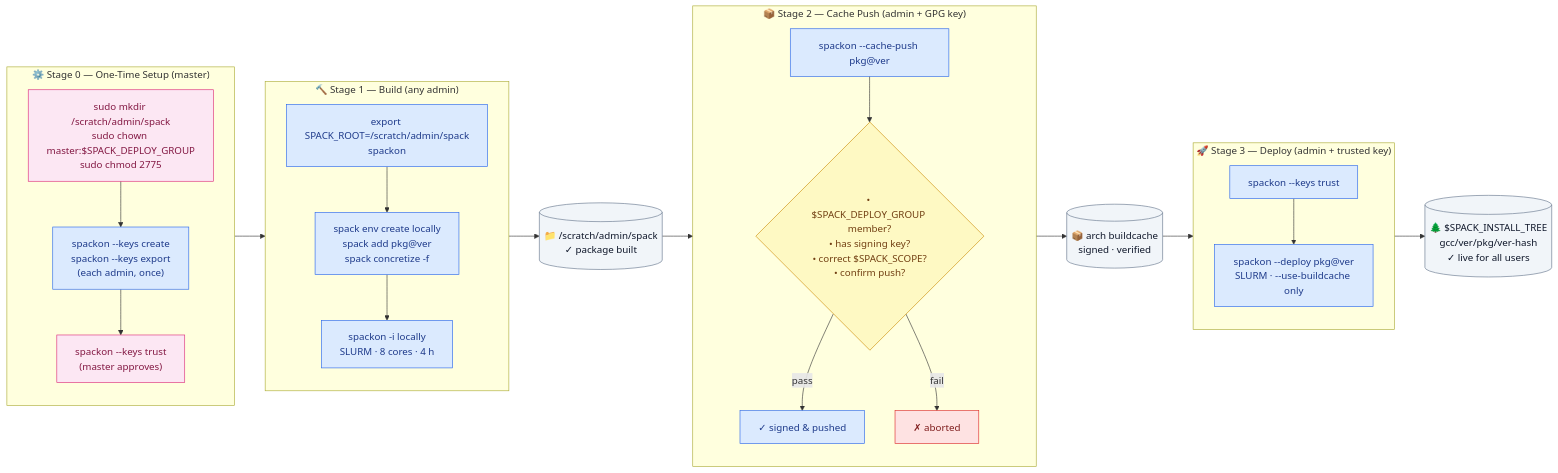
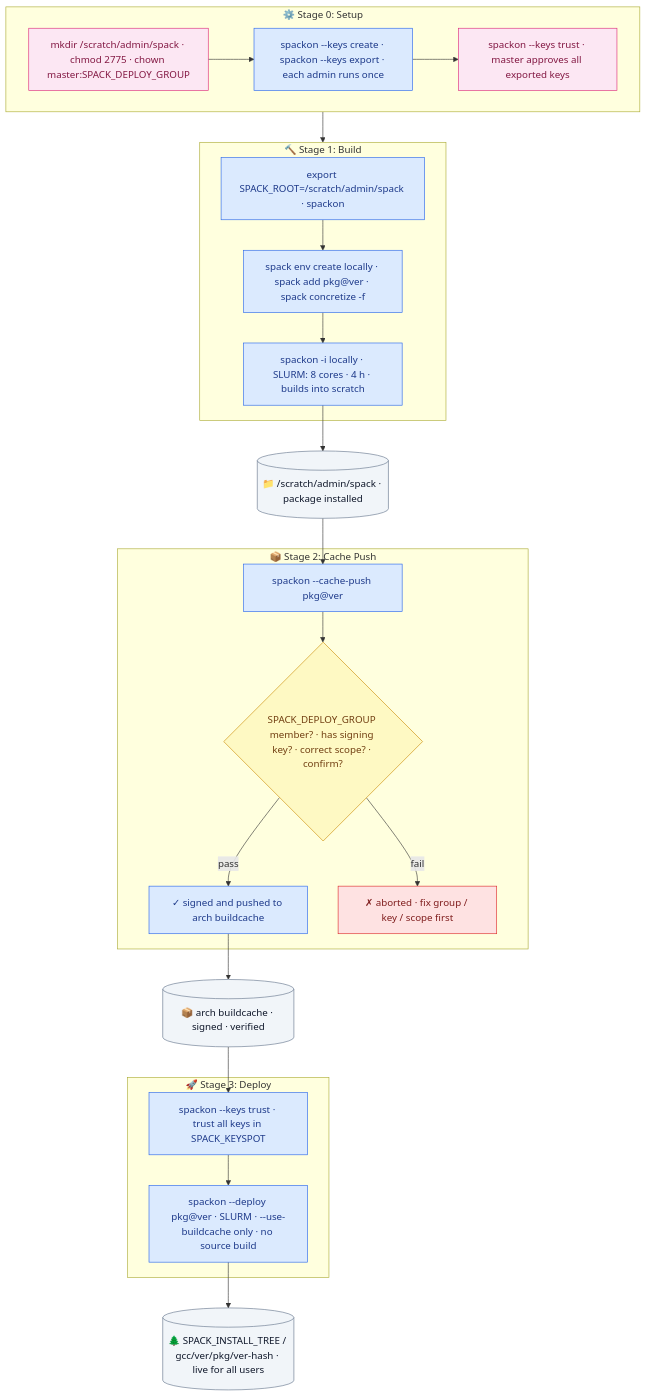
One commit to ricardojacomini/spackon changed the diagram in README.md. Above: the diagram before and after it, drawn with Mermaid.

Commit message:
modified:   README.md

````diff
--- a/README.md
+++ b/README.md
@@ -148,56 +148,59 @@
 ```mermaid
-flowchart LR
-    classDef anyNode   fill:#dcfce7,stroke:#16a34a,color:#14532d
-    classDef adminNode fill:#dbeafe,stroke:#2563eb,color:#1e3a8a
+flowchart TD
+    classDef adminNode  fill:#dbeafe,stroke:#2563eb,color:#1e3a8a
     classDef masterNode fill:#fce7f3,stroke:#db2777,color:#831843
-    classDef storeNode fill:#f1f5f9,stroke:#64748b,color:#0f172a
-    classDef checkNode fill:#fef9c3,stroke:#ca8a04,color:#713f12
-    classDef failNode  fill:#fee2e2,stroke:#dc2626,color:#7f1d1d
+    classDef storeNode  fill:#f1f5f9,stroke:#64748b,color:#0f172a
+    classDef checkNode  fill:#fef9c3,stroke:#ca8a04,color:#713f12
+    classDef failNode   fill:#fee2e2,stroke:#dc2626,color:#7f1d1d
 
-    subgraph SETUP["⚙️  Stage 0 — One-Time Setup  (master)"]
-        direction TB
-        mk["sudo mkdir /scratch/admin/spack\nsudo chown master:$SPACK_DEPLOY_GROUP\nsudo chmod 2775"]:::masterNode
-        kb["spackon --keys create\nspackon --keys export\n(each admin, once)"]:::adminNode
-        kt["spackon --keys trust\n(master approves)"]:::masterNode
+    subgraph SETUP["⚙️ Stage 0: Setup"]
+        mk["mkdir /scratch/admin/spack · chmod 2775 · chown master:SPACK_DEPLOY_GROUP"]:::masterNode
+        kb["spackon --keys create · spackon --keys export · each admin runs once"]:::adminNode
+        kt["spackon --keys trust · master approves all exported keys"]:::masterNode
         mk --> kb --> kt
     end
 
-    subgraph S1["🔨  Stage 1 — Build  (any admin)"]
-        direction TB
-        s1a["export SPACK_ROOT=/scratch/admin/spack\nspackon"]:::adminNode
-        s1b["spack env create locally\nspack add pkg@ver\nspack concretize -f"]:::adminNode
-        s1c["spackon -i locally\nSLURM · 8 cores · 4 h"]:::adminNode
+    subgraph S1["🔨 Stage 1: Build"]
+        s1a["export SPACK_ROOT=/scratch/admin/spack · spackon"]:::adminNode
+        s1b["spack env create locally · spack add pkg@ver · spack concretize -f"]:::adminNode
+        s1c["spackon -i locally · SLURM: 8 cores · 4 h · builds into scratch"]:::adminNode
         s1a --> s1b --> s1c
     end
 
-    scratch[("📁 /scratch/admin/spack\n✓ package built")]:::storeNode
+    scratch[("📁 /scratch/admin/spack · package installed")]:::storeNode
 
-    subgraph S2["📦  Stage 2 — Cache Push  (admin + GPG key)"]
-        direction TB
+    subgraph S2["📦 Stage 2: Cache Push"]
         s2a["spackon --cache-push pkg@ver"]:::adminNode
-        s2chk{"• $SPACK_DEPLOY_GROUP member?\n• has signing key?\n• correct $SPACK_SCOPE?\n• confirm push?"}:::checkNode
-        s2ok["✓ signed & pushed"]:::adminNode
-        s2fail["✗ aborted"]:::failNode
+        s2chk{"SPACK_DEPLOY_GROUP member? · has signing key? · correct scope? · confirm?"}:::checkNode
+        s2ok["✓ signed and pushed to arch buildcache"]:::adminNode
+        s2fail["✗ aborted · fix group / key / scope first"]:::failNode
         s2a --> s2chk
         s2chk -->|pass| s2ok
         s2chk -->|fail| s2fail
     end
 
-    cache[("📦 arch buildcache\nsigned · verified")]:::storeNode
+    cache[("📦 arch buildcache · signed · verified")]:::storeNode
 
-    subgraph S3["🚀  Stage 3 — Deploy  (admin + trusted key)"]
-        direction TB
-        s3a["spackon --keys trust"]:::adminNode
-        s3b["spackon --deploy pkg@ver\nSLURM · --use-buildcache only"]:::adminNode
+    subgraph S3["🚀 Stage 3: Deploy"]
+        s3a["spackon --keys trust · trust all keys in SPACK_KEYSPOT"]:::adminNode
+        s3b["spackon --deploy pkg@ver · SLURM · --use-buildcache only · no source build"]:::adminNode
         s3a --> s3b
     end
 
-    tree[("🌲 $SPACK_INSTALL_TREE\ngcc/ver/pkg/ver-hash\n✓ live for all users")]:::storeNode
+    tree[("🌲 SPACK_INSTALL_TREE / gcc/ver/pkg/ver-hash · live for all users")]:::storeNode
 
-    SETUP --> S1
-    s1c    --> scratch
+    SETUP   --> S1
+    s1c     --> scratch
     scratch --> s2a
-    s2ok   --> cache
-    cache  --> s3a
-    s3b    --> tree
+    s2ok    --> cache
+    cache   --> s3a
+    s3b     --> tree
+
+    style SETUP   min-width:840px
+    style S1      min-width:840px
+    style S2      min-width:840px
+    style S3      min-width:840px
+    style scratch min-width:840px
+    style cache   min-width:840px
+    style tree    min-width:840px
 ```
````
